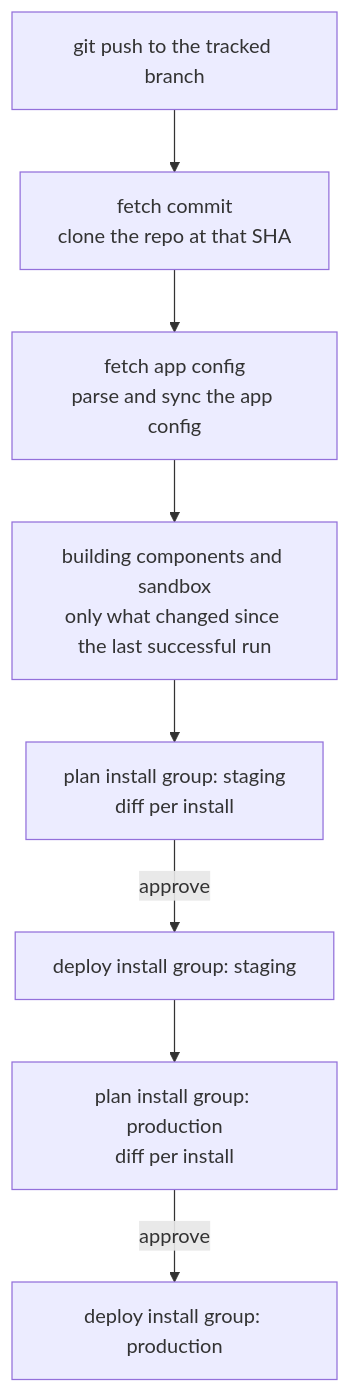
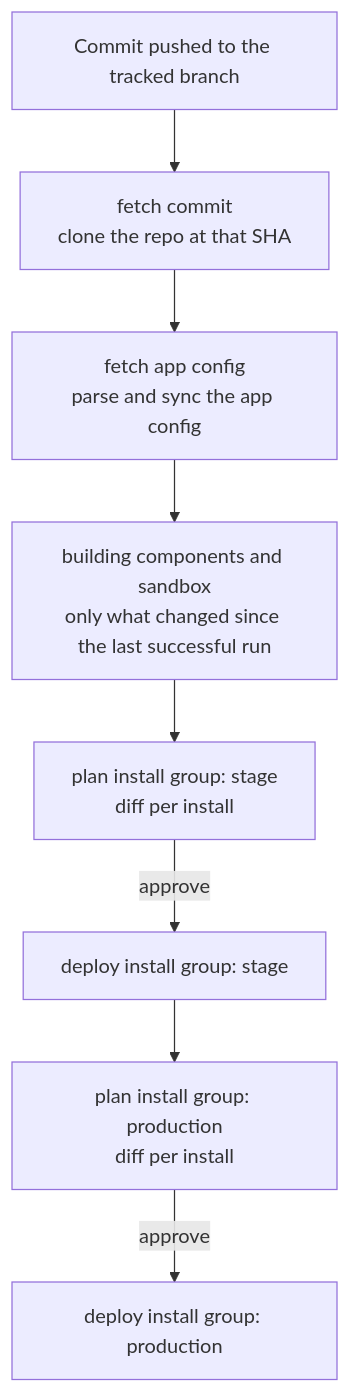
Before and after one commit to nuonco/nuon: the diagram in docs/concepts/app-branches.mdx, drawn with Mermaid. The commit also changed other lines of this file and 10 other files, not shown here.

````diff
--- a/docs/concepts/app-branches.mdx
+++ b/docs/concepts/app-branches.mdx
@@ -29,10 +26,10 @@
 ```mermaid
 flowchart TD
-    push["git push to the tracked branch"] --> fetch["fetch commit<br/>clone the repo at that SHA"]
+    push["Commit pushed to the tracked branch"] --> fetch["fetch commit<br/>clone the repo at that SHA"]
     fetch --> config["fetch app config<br/>parse and sync the app config"]
     config --> build["building components and sandbox<br/>only what changed since the last successful run"]
-    build --> plan1["plan install group: staging<br/>diff per install"]
-    plan1 -->|approve| deploy1["deploy install group: staging"]
+    build --> plan1["plan install group: stage<br/>diff per install"]
+    plan1 -->|approve| deploy1["deploy install group: stage"]
     deploy1 --> plan2["plan install group: production<br/>diff per install"]
     plan2 -->|approve| deploy2["deploy install group: production"]
 ```
````
